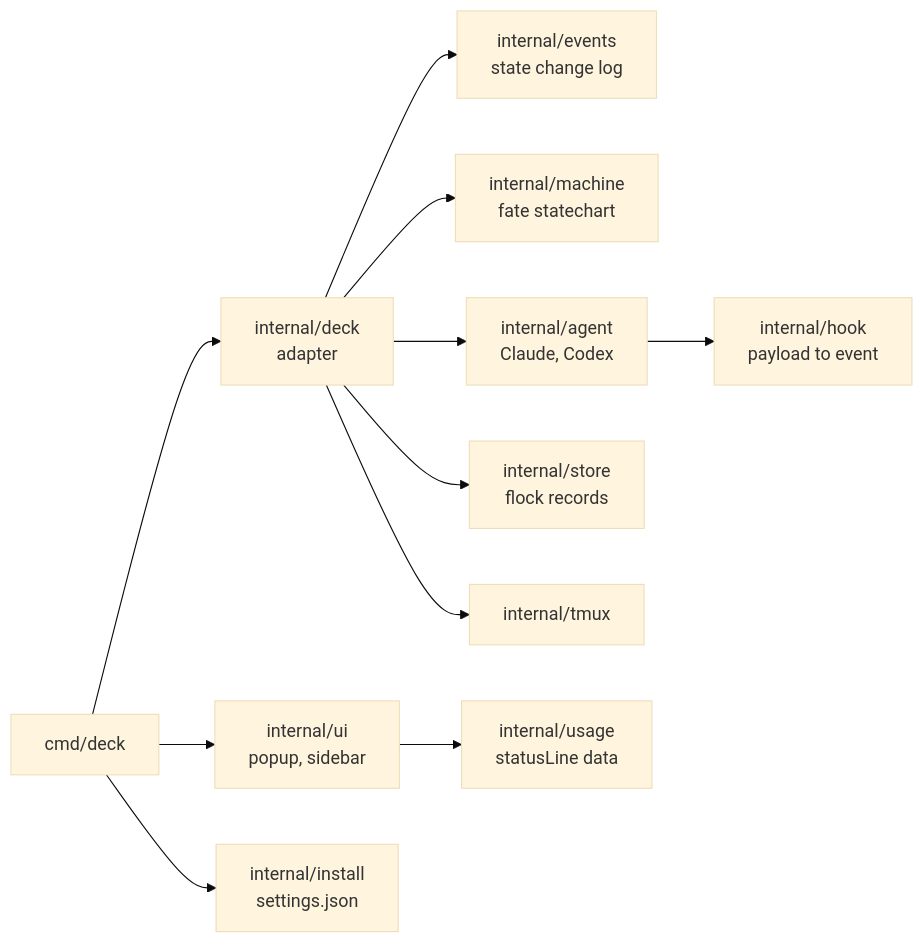
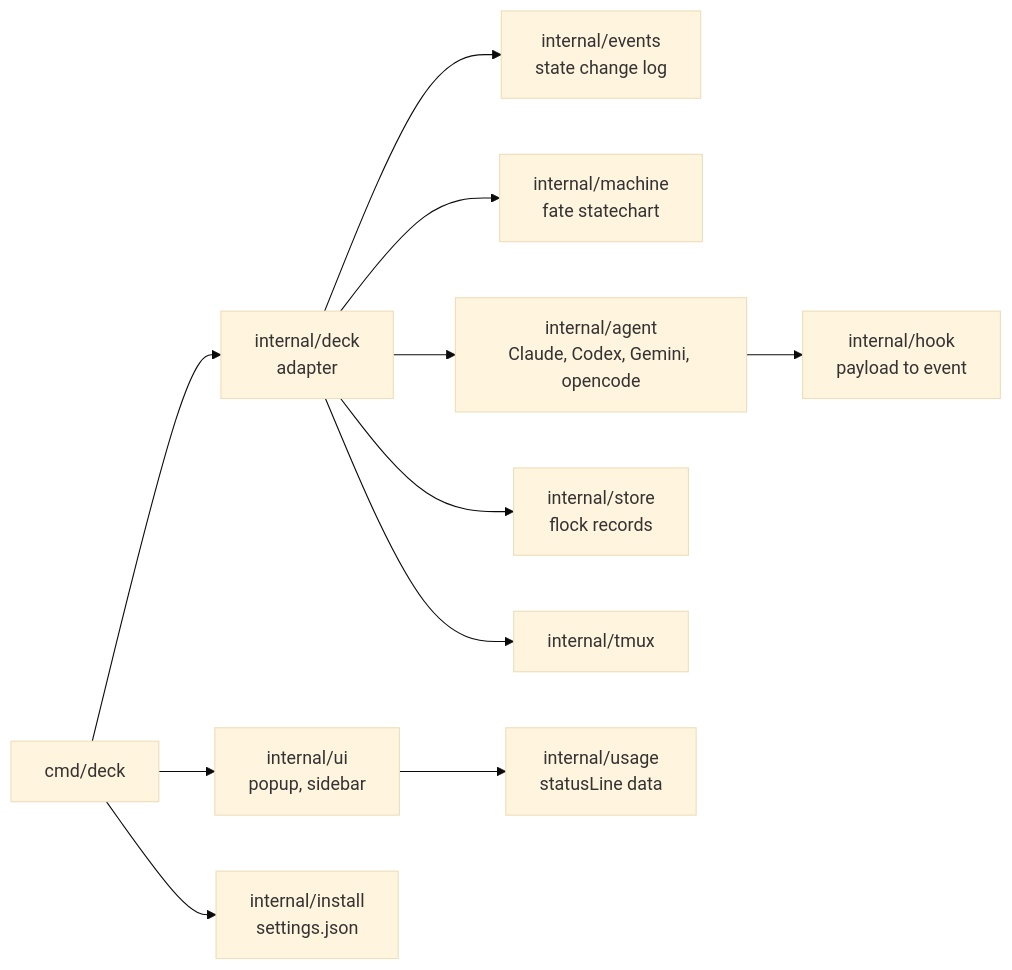
Before and after one commit to arisros/tmux-agent-deck: the fourth of 4 diagrams in README.md, drawn with Mermaid (base theme). The commit also changed other lines of this file and 9 other files, not shown here.

First line of the commit message:
feat: track gemini cli and opencode agents

````diff
--- a/README.md
+++ b/README.md
@@ -236,13 +242,13 @@
 ```mermaid
 flowchart LR
   cmd[cmd/deck] --> deck[internal/deck<br/>adapter]
   cmd --> ui[internal/ui<br/>popup, sidebar]
   cmd --> install[internal/install<br/>settings.json]
   deck --> events[internal/events<br/>state change log]
   deck --> machine[internal/machine<br/>fate statechart]
-  deck --> agent[internal/agent<br/>Claude, Codex]
+  deck --> agent[internal/agent<br/>Claude, Codex, Gemini, opencode]
   agent --> hook[internal/hook<br/>payload to event]
   deck --> store[internal/store<br/>flock records]
   deck --> tmux[internal/tmux]
   ui --> usage[internal/usage<br/>statusLine data]
 ```
````
